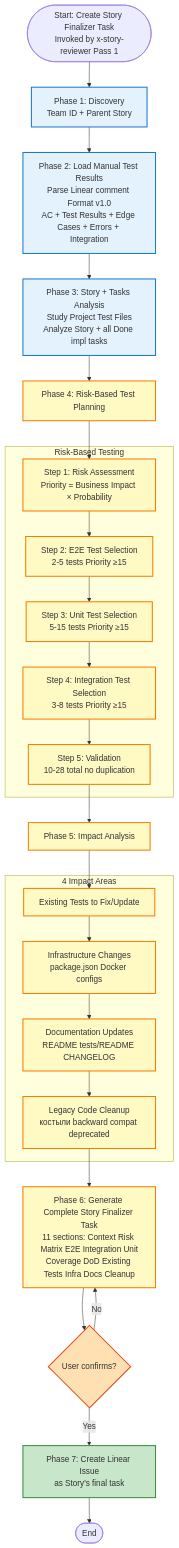
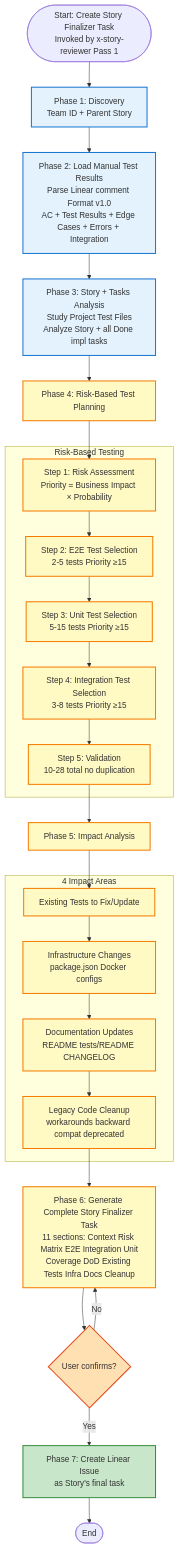
Before and after one commit to levnikolaevich/claude-code-skills: the diagram in x-story-finalizer/diagram.mmd, drawn with Mermaid. The commit also changed 24 other files, not shown here.

```diff
--- a/x-story-finalizer/diagram.mmd
+++ b/x-story-finalizer/diagram.mmd
@@ -1,57 +1,57 @@
 %% x-story-finalizer: Story Finalizer Task Creator
 %% Creates final Story task after manual testing passes (invoked by x-story-reviewer Pass 1)
 %% Generates comprehensive task with 11 sections: E2E-first Risk-Based Testing (Priority ≥15)
 %% Excludes performance/load testing - see references/risk_based_testing_guide.md
 
 graph TD
     Start([Start: Create Story Finalizer Task<br/>Invoked by x-story-reviewer Pass 1]) --> Phase1[Phase 1: Discovery<br/>Team ID + Parent Story]
 
     Phase1 --> Phase2[Phase 2: Load Manual Test Results<br/>Parse Linear comment Format v1.0<br/>AC + Test Results + Edge Cases + Errors + Integration]
 
     Phase2 --> Phase3[Phase 3: Story + Tasks Analysis<br/>Study Project Test Files<br/>Analyze Story + all Done impl tasks]
 
     Phase3 --> Phase4[Phase 4: Risk-Based Test Planning]
 
     subgraph RiskPlanning [Risk-Based Testing]
         Risk1[Step 1: Risk Assessment<br/>Priority = Business Impact × Probability]
         Risk1 --> Risk2[Step 2: E2E Test Selection<br/>2-5 tests Priority ≥15]
         Risk2 --> Risk3[Step 3: Unit Test Selection<br/>5-15 tests Priority ≥15]
         Risk3 --> Risk4[Step 4: Integration Test Selection<br/>3-8 tests Priority ≥15]
         Risk4 --> Risk5[Step 5: Validation<br/>10-28 total no duplication]
     end
 
     Phase4 --> Risk1
     Risk5 --> Phase5
 
     Phase5[Phase 5: Impact Analysis]
 
     subgraph Impact [4 Impact Areas]
         Impact1[Existing Tests to Fix/Update]
         Impact2[Infrastructure Changes<br/>package.json Docker configs]
         Impact3[Documentation Updates<br/>README tests/README CHANGELOG]
-        Impact4[Legacy Code Cleanup<br/>костыли backward compat deprecated]
+        Impact4[Legacy Code Cleanup<br/>workarounds backward compat deprecated]
     end
 
     Phase5 --> Impact1
     Impact1 --> Impact2
     Impact2 --> Impact3
     Impact3 --> Impact4
     Impact4 --> Phase6
 
     Phase6[Phase 6: Generate Complete Story Finalizer Task<br/>11 sections: Context Risk Matrix E2E Integration Unit<br/>Coverage DoD Existing Tests Infra Docs Cleanup]
 
     Phase6 --> Confirm{User confirms?}
     Confirm -->|Yes| Create[Phase 7: Create Linear Issue<br/>as Story's final task]
     Confirm -->|No| Phase6
     Create --> End([End])
 
     %% Styling
     classDef discovery fill:#E3F2FD,stroke:#1976D2,stroke-width:2px
     classDef analysis fill:#FFF9C4,stroke:#F57C00,stroke-width:2px
     classDef decision fill:#FFE0B2,stroke:#E64A19,stroke-width:2px
     classDef action fill:#C8E6C9,stroke:#388E3C,stroke-width:2px
 
     class Phase1,Phase2,Phase3 discovery
     class Phase4,Risk1,Risk2,Risk3,Risk4,Risk5,Phase5,Impact1,Impact2,Impact3,Impact4,Phase6 analysis
     class Confirm decision
     class Create action
```
